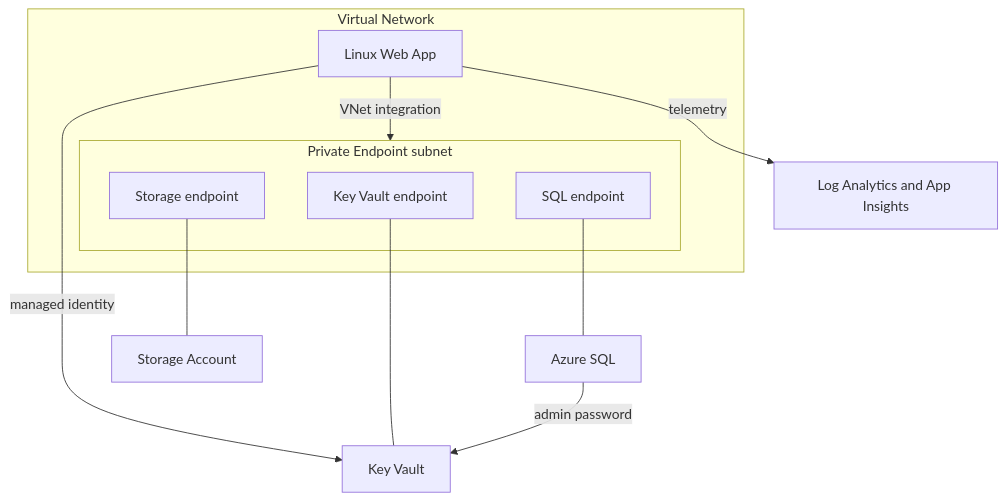
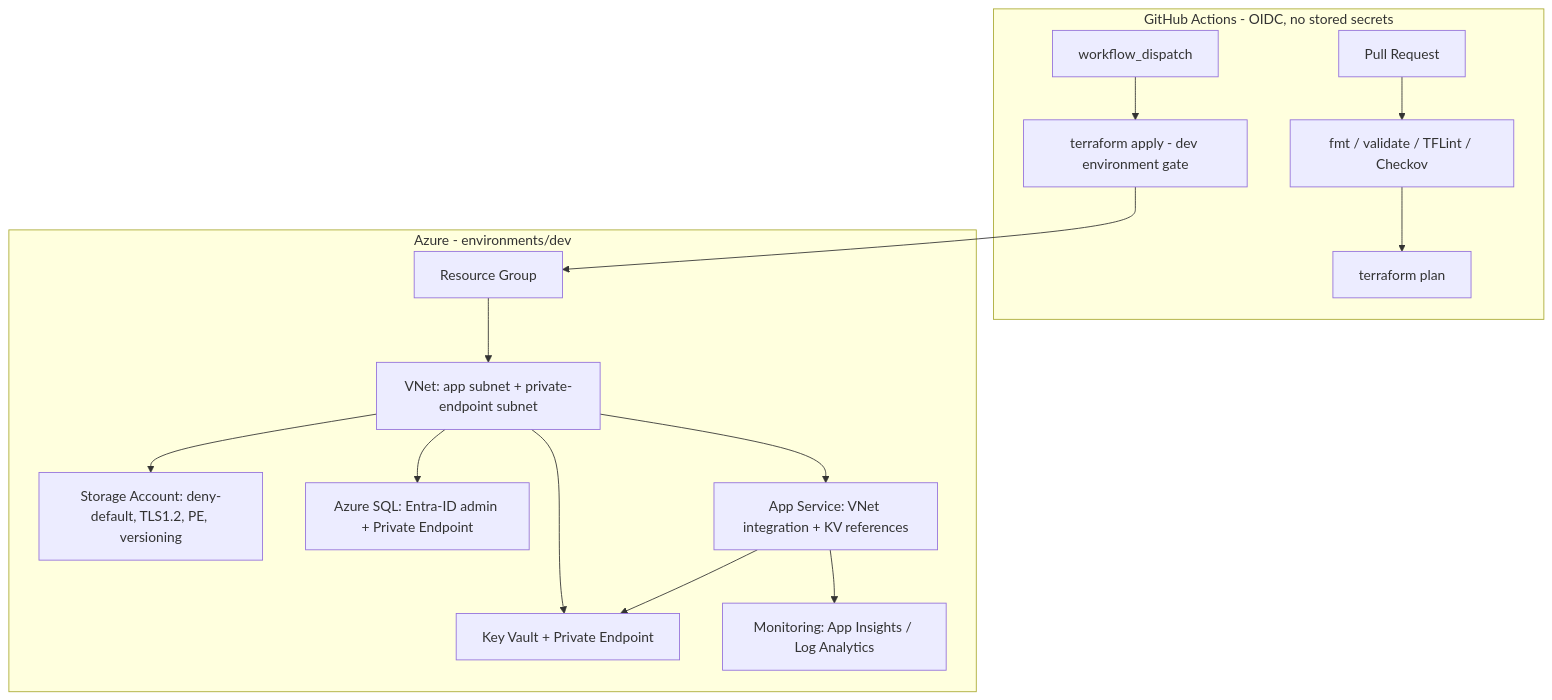
The diagram in README.md (KTZMJackie/terraform-azure-infra), drawn with Mermaid before and after one commit. The commit also changed other lines of this file, not shown here.

````diff
--- a/README.md
+++ b/README.md
@@ -11,23 +9,26 @@
 ```mermaid
-graph TB
-    subgraph VNet["Virtual Network"]
-        APP["Linux Web App"]
-        subgraph PE["Private Endpoint subnet"]
-            P1["Key Vault endpoint"]
-            P2["SQL endpoint"]
-            P3["Storage endpoint"]
-        end
+graph TD
+    subgraph CICD[GitHub Actions - OIDC, no stored secrets]
+        PR[Pull Request] --> VAL[fmt / validate / TFLint / Checkov]
+        VAL --> PLAN[terraform plan]
+        MERGE[workflow_dispatch] --> APPLY[terraform apply - dev environment gate]
     end
-    KV["Key Vault"]
-    SQL["Azure SQL"]
-    ST["Storage Account"]
-    MON["Log Analytics and App Insights"]
 
-    APP -->|VNet integration| PE
-    APP -->|managed identity| KV
-    APP -->|telemetry| MON
-    P1 --- KV
-    P2 --- SQL
-    P3 --- ST
-    SQL -->|admin password| KV
+    subgraph AZ[Azure - environments/dev]
+        RG[Resource Group]
+        VNET[VNet: app subnet + private-endpoint subnet]
+        KV[Key Vault + Private Endpoint]
+        ST[Storage Account: deny-default, TLS1.2, PE, versioning]
+        SQL[Azure SQL: Entra-ID admin + Private Endpoint]
+        APP[App Service: VNet integration + KV references]
+        MON[Monitoring: App Insights / Log Analytics]
+    end
+
+    APPLY --> RG
+    RG --> VNET --> KV
+    VNET --> ST
+    VNET --> SQL
+    VNET --> APP
+    APP --> KV
+    APP --> MON
 ```
````
